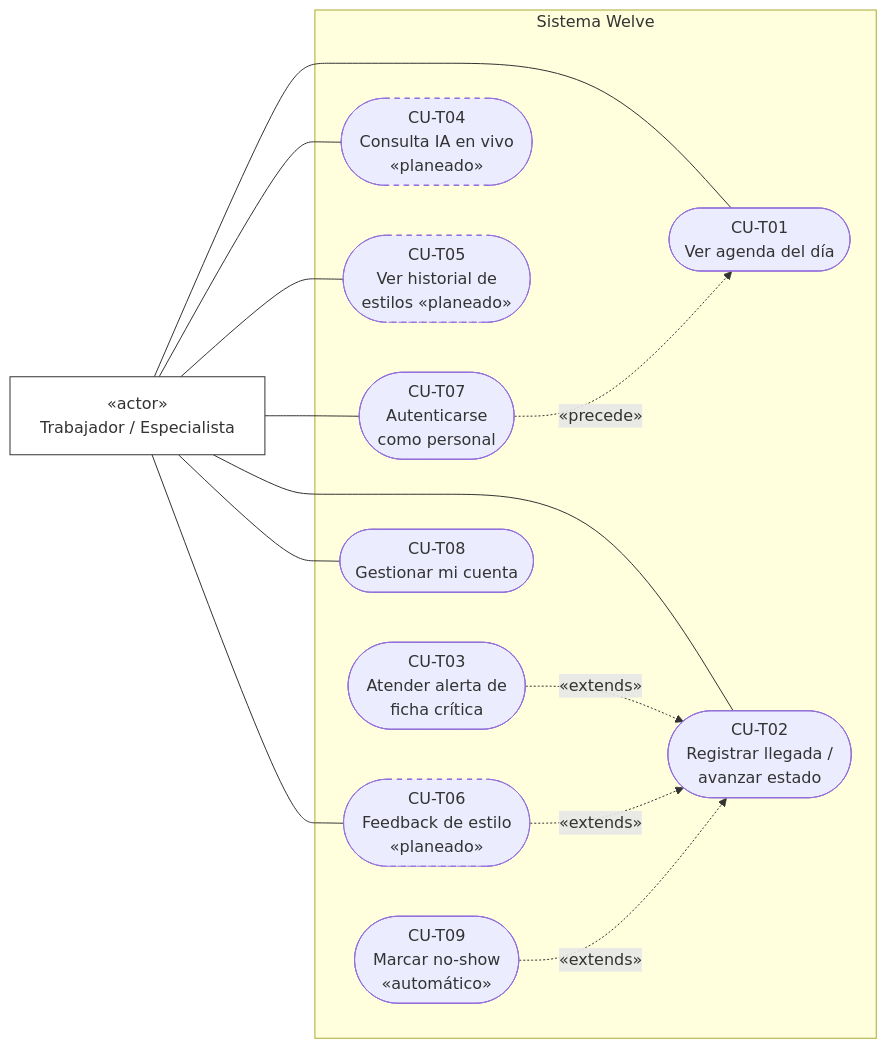
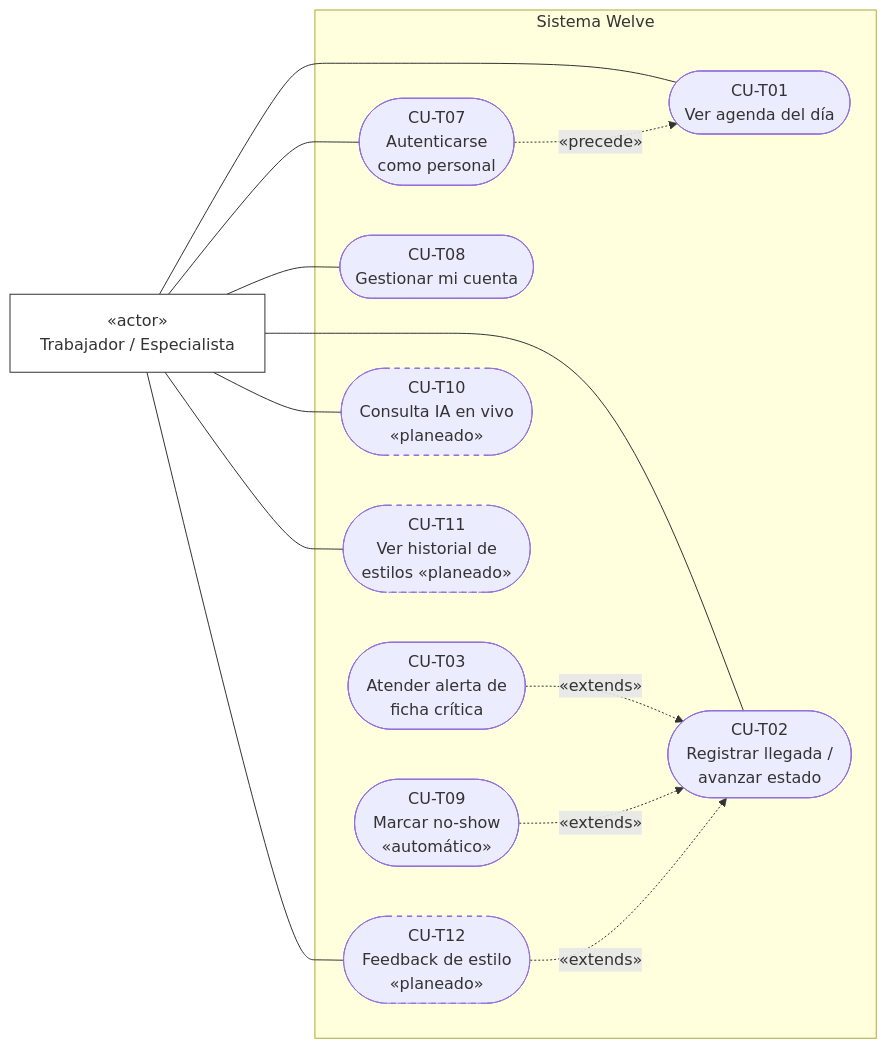
The second of 3 diagrams in docs/tesis/02_CASOS_DE_USO_UML.md (Alezzandromv/welve), drawn with Mermaid before and after one commit. The commit also changed other lines of this file and 9 other files, not shown here.

````diff
--- a/docs/tesis/02_CASOS_DE_USO_UML.md
+++ b/docs/tesis/02_CASOS_DE_USO_UML.md
@@ -75,34 +87,34 @@
 ```mermaid
 flowchart LR
     Trabajador["«actor»<br/>Trabajador / Especialista"]
 
     subgraph SistemaT["Sistema Welve"]
         CUT01(["CU-T01<br/>Ver agenda del día"])
         CUT02(["CU-T02<br/>Registrar llegada /<br/>avanzar estado"])
         CUT03(["CU-T03<br/>Atender alerta de<br/>ficha crítica"])
-        CUT04(["CU-T04<br/>Consulta IA en vivo<br/>«planeado»"])
-        CUT05(["CU-T05<br/>Ver historial de<br/>estilos «planeado»"])
-        CUT06(["CU-T06<br/>Feedback de estilo<br/>«planeado»"])
         CUT07(["CU-T07<br/>Autenticarse<br/>como personal"])
         CUT08(["CU-T08<br/>Gestionar mi cuenta"])
         CUT09(["CU-T09<br/>Marcar no-show<br/>«automático»"])
+        CUT10(["CU-T10<br/>Consulta IA en vivo<br/>«planeado»"])
+        CUT11(["CU-T11<br/>Ver historial de<br/>estilos «planeado»"])
+        CUT12(["CU-T12<br/>Feedback de estilo<br/>«planeado»"])
     end
 
     Trabajador --- CUT01
     Trabajador --- CUT02
-    Trabajador --- CUT04
-    Trabajador --- CUT05
-    Trabajador --- CUT06
     Trabajador --- CUT07
     Trabajador --- CUT08
+    Trabajador --- CUT10
+    Trabajador --- CUT11
+    Trabajador --- CUT12
 
     CUT03 -. "«extends»" .-> CUT02
-    CUT06 -. "«extends»" .-> CUT02
     CUT09 -. "«extends»" .-> CUT02
+    CUT12 -. "«extends»" .-> CUT02
     CUT07 -. "«precede»" .-> CUT01
 
     classDef actor fill:#fff,stroke:#333,stroke-width:1px
     classDef planeado stroke-dasharray: 5 5
     class Trabajador actor
-    class CUT04,CUT05,CUT06 planeado
+    class CUT10,CUT11,CUT12 planeado
 ```
````
